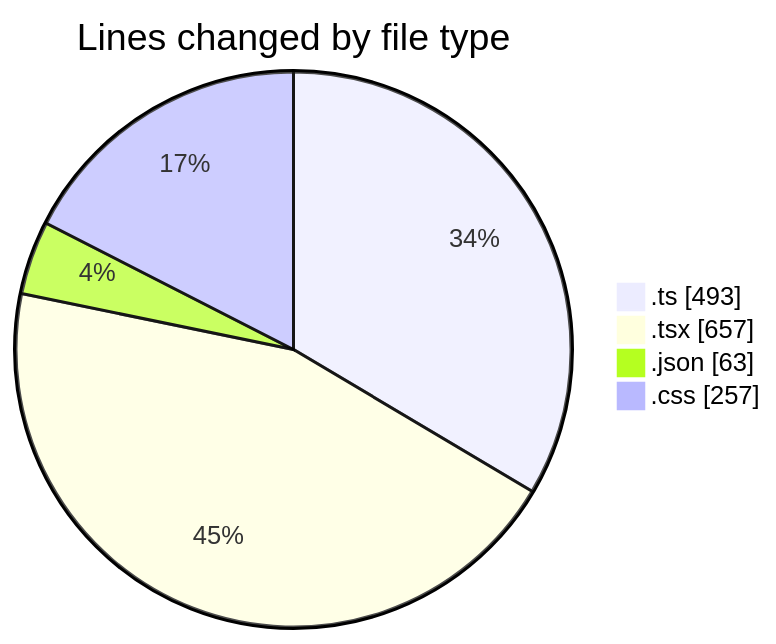
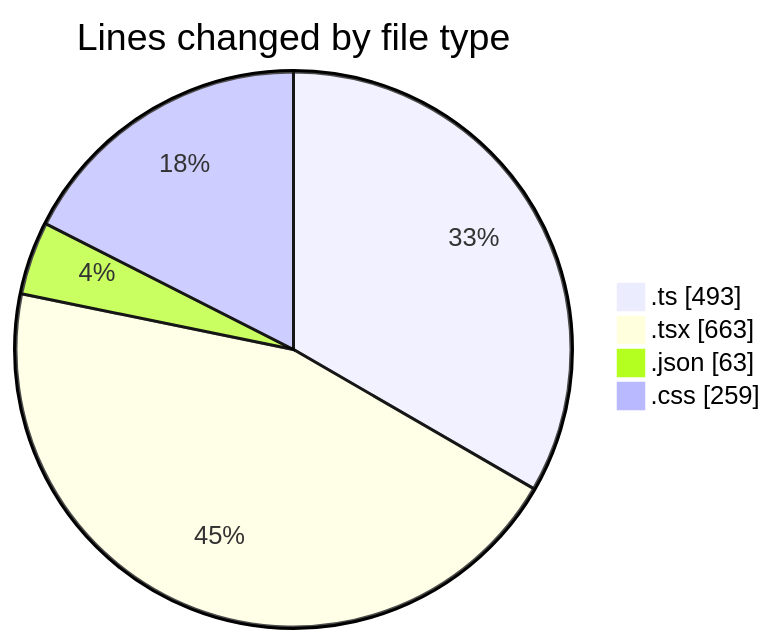
Before and after one commit to julien-gomy/code-tracking: the first of 2 diagrams in 2025-11-24/eventscop-frontend-guide__workspace_/README.md, drawn with Mermaid. The commit also changed other lines of this file and 1 other file, not shown here.

````diff
--- a/2025-11-24/eventscop-frontend-guide__workspace_/README.md
+++ b/2025-11-24/eventscop-frontend-guide__workspace_/README.md
@@ -38,8 +38,8 @@
 ```mermaid
 pie showData
 title Lines changed by file type
 ".ts" : 493
-".tsx" : 657
+".tsx" : 663
 ".json" : 63
-".css" : 257
+".css" : 259
 ```
````
